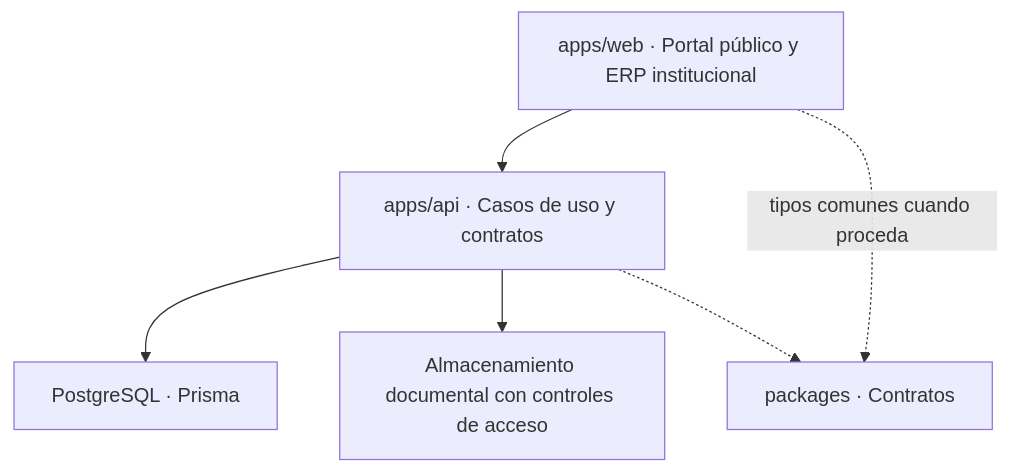
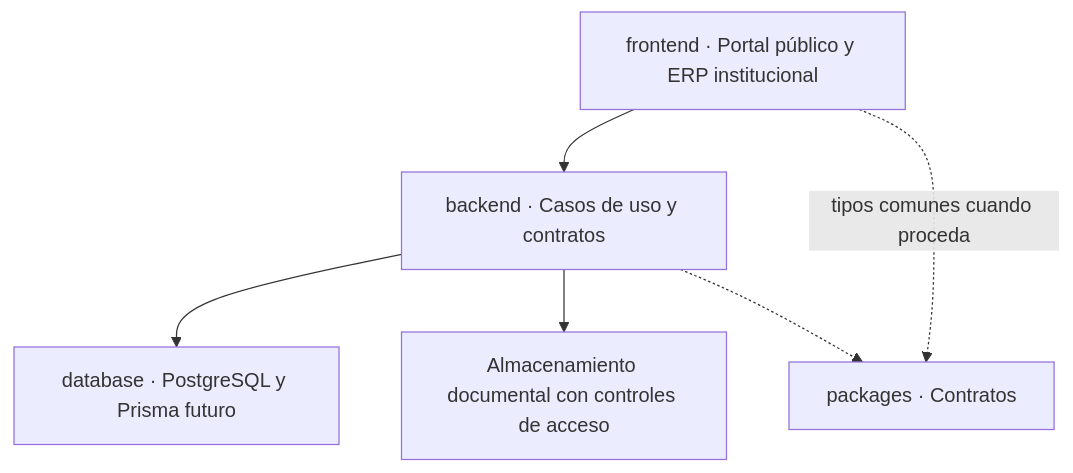
One commit to DanielMarchenaMatarrita/sgi-adi-curime-26 changed the diagram in docs/architecture/README.md. Above: the diagram before and after it, drawn with Mermaid. The commit also changed 21 other files, not shown here.

````diff
--- a/docs/architecture/README.md
+++ b/docs/architecture/README.md
@@ -15,8 +15,8 @@
 ```mermaid
 flowchart TB
-  Web["apps/web · Portal público y ERP institucional"] --> Api["apps/api · Casos de uso y contratos"]
-  Api --> DB["PostgreSQL · Prisma"]
+  Web["frontend · Portal público y ERP institucional"] --> Api["backend · Casos de uso y contratos"]
+  Api --> DB["database · PostgreSQL y Prisma futuro"]
   Api --> Doc["Almacenamiento documental con controles de acceso"]
   Web -. "tipos comunes cuando proceda" .-> Shared["packages · Contratos"]
   Api -.-> Shared
 ```
````
